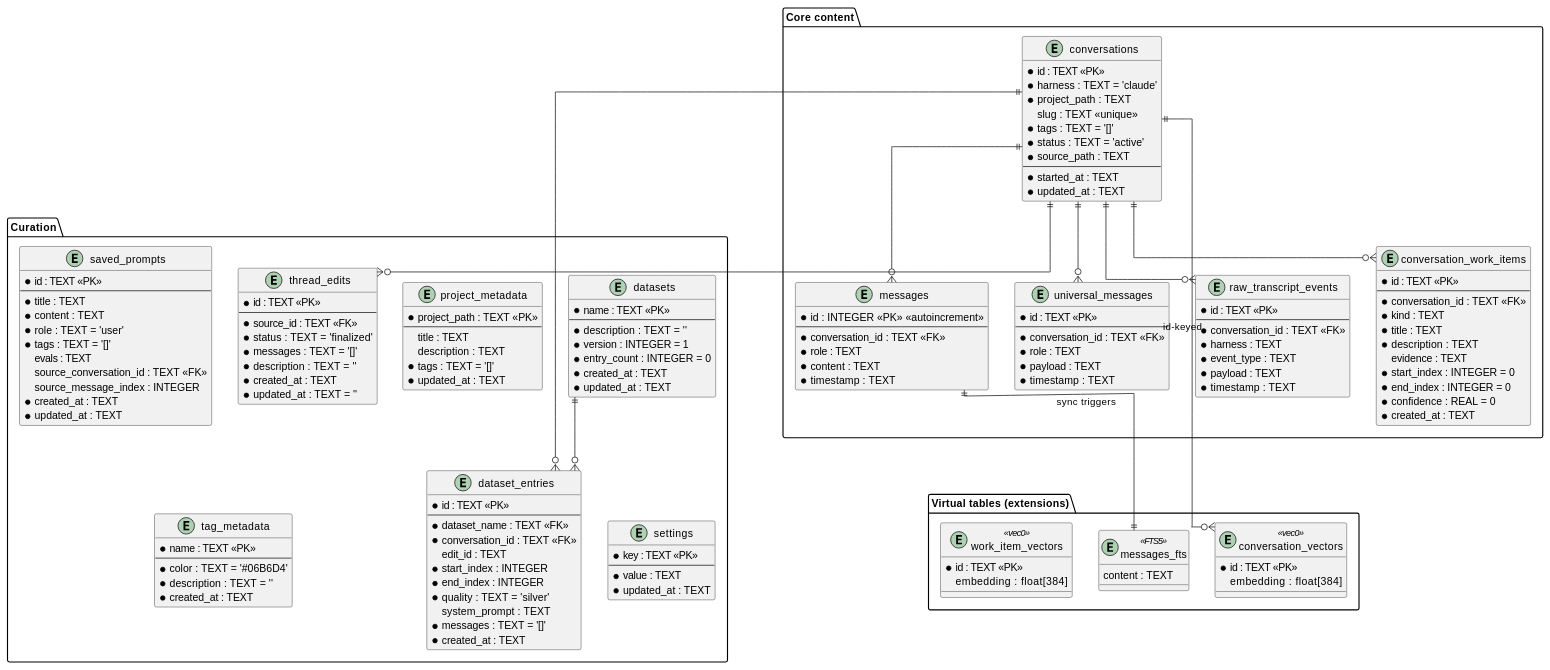
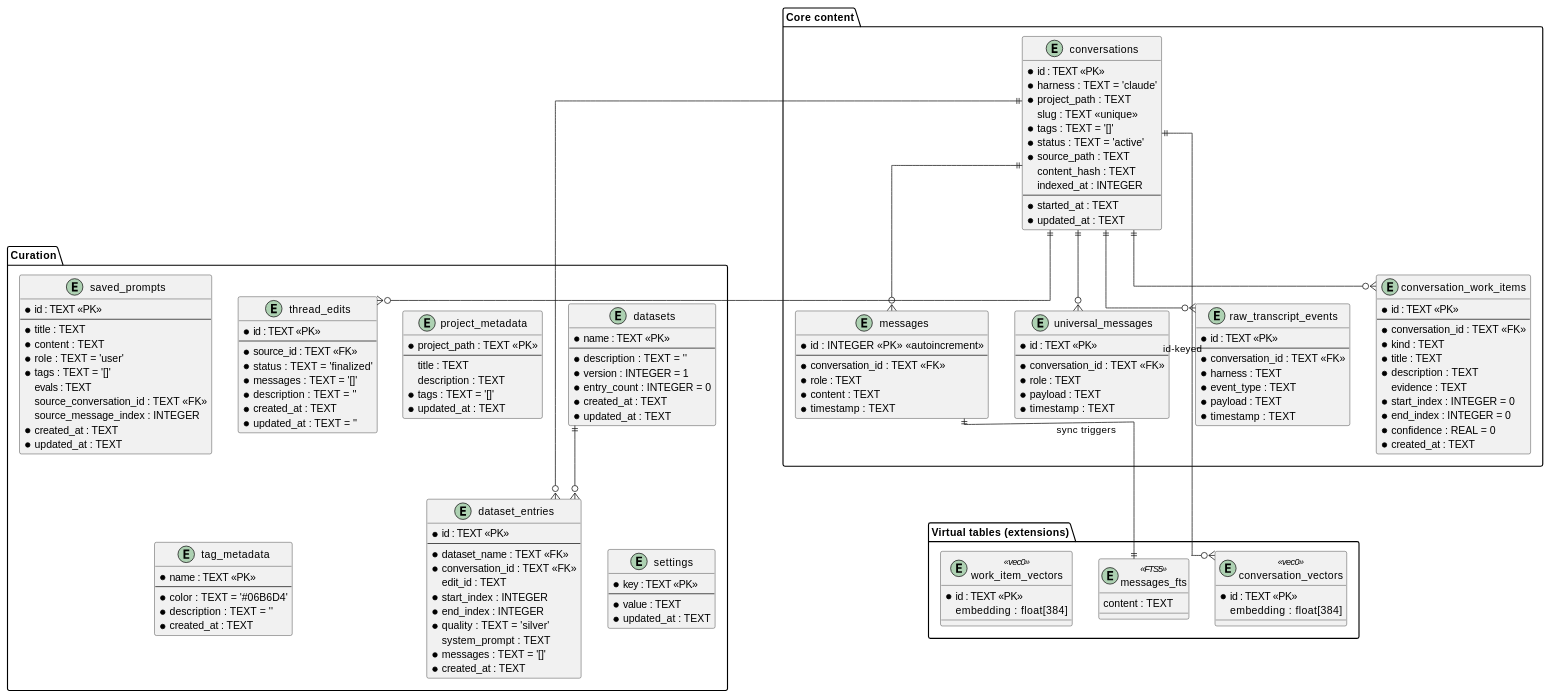
Before and after one commit to the-robot-lives/llm-toolkit: the second of 2 diagrams in docs/PROJ-SCHEMA.md, drawn with PlantUML. The commit also changed other lines of this file and 9 other files, not shown here.

Commit message:
docs: doc-sweep 2026-10-26 (layout/arch/schema/threat-model)

```diff
--- a/docs/PROJ-SCHEMA.md
+++ b/docs/PROJ-SCHEMA.md
@@ -108,6 +110,8 @@
     * tags : TEXT = '[]'
     * status : TEXT = 'active'
     * source_path : TEXT
+    content_hash : TEXT
+    indexed_at : INTEGER
     --
     * started_at : TEXT
     * updated_at : TEXT
```
